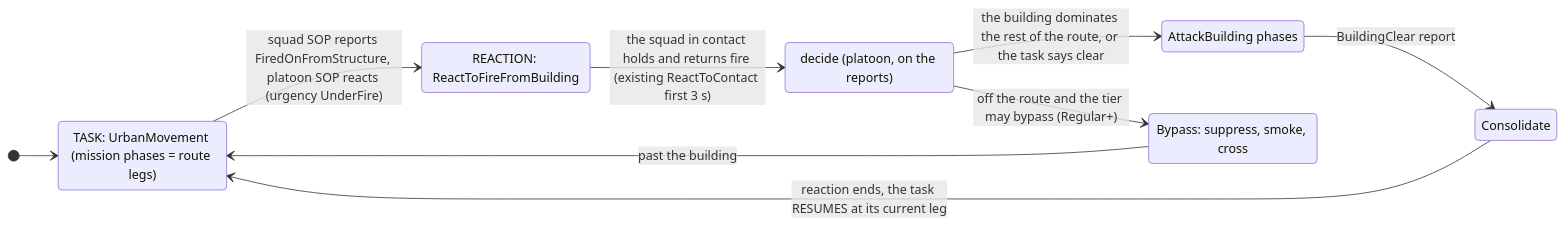
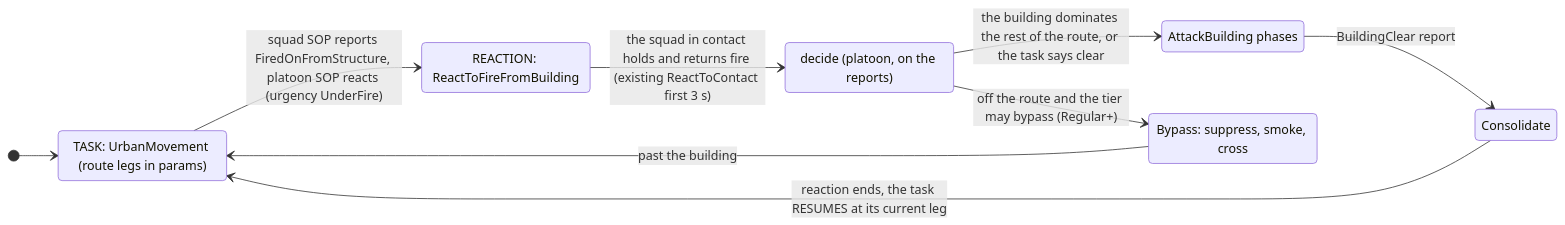
One commit to pjanec/HROT changed the fifth of 10 diagrams in docs/designs/group-maneuvers/DESIGN_Defend_And_Attack_Position.md. Above: the diagram before and after it, drawn with Mermaid. The commit also changed other lines of this file and 2 other files, not shown here.

Commit message:
docs(command-chain): mission plans stay the operator surface; sub-behaviour uses (section 7b)
Measured: only the operator writes mission plans; triggers are local to the
running entity; an immediate order clears the plan. A commander orders its
subordinates one task at a time and keeps synchronisation in its play.
Clarifies Defend/Attack DA-17 (route legs are play params, not a plan).
Adds a mission plan row to the measured reference. Design only.

Claude-Session: https://claude.ai/code/session_01Y7DZG7BBQ8rNTesibu9NXo

````diff
--- a/docs/designs/group-maneuvers/DESIGN_Defend_And_Attack_Position.md
+++ b/docs/designs/group-maneuvers/DESIGN_Defend_And_Attack_Position.md
@@ -298,18 +298,18 @@
 ```mermaid
 stateDiagram-v2
   direction LR
-  state "TASK: UrbanMovement (mission phases = route legs)" as Move
+  state "TASK: UrbanMovement (route legs in params)" as Move
   state "REACTION: ReactToFireFromBuilding" as React
   state "decide (platoon, on the reports)" as Decide
   state "AttackBuilding phases" as Attack
   state "Bypass: suppress, smoke, cross" as Bypass
   state "Consolidate" as Cons
   [*] --> Move
   Move --> React : squad SOP reports FiredOnFromStructure, platoon SOP reacts (urgency UnderFire)
   React --> Decide : the squad in contact holds and returns fire (existing ReactToContact first 3 s)
   Decide --> Attack : the building dominates the rest of the route, or the task says clear
   Decide --> Bypass : off the route and the tier may bypass (Regular+)
   Attack --> Cons : BuildingClear report
   Bypass --> Move : past the building
   Cons --> Move : reaction ends, the task RESUMES at its current leg
 ```
````
